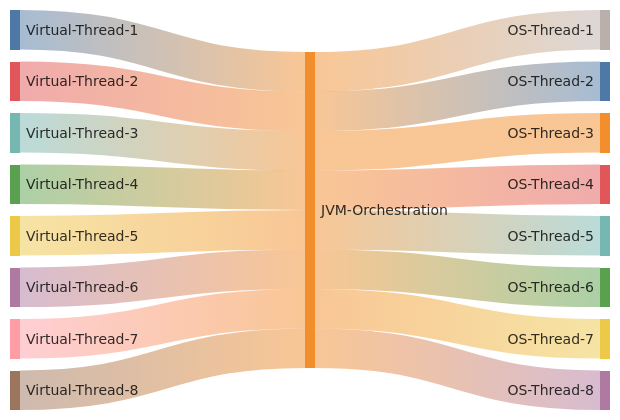
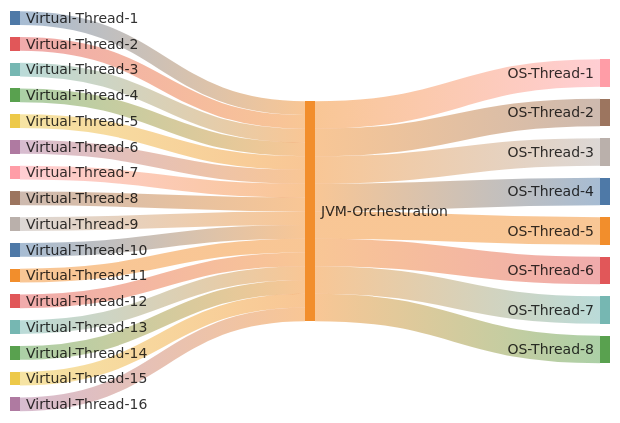
Before and after one commit to akashchandwani/akashchandwani.github.io: the second of 2 diagrams in content/blog/improve-performance-of-your-spring-boot-application-with-virtual-threads.md, drawn with Mermaid. The commit also changed 1 other file, not shown here.

Commit message:
Update diagram for virtual threads

````diff
--- a/content/blog/improve-performance-of-your-spring-boot-application-with-virtual-threads.md
+++ b/content/blog/improve-performance-of-your-spring-boot-application-with-virtual-threads.md
@@ -71,25 +71,33 @@
 ```mermaid
 ---
 config:
   sankey:
     showValues: false
 ---
 sankey-beta
 
-Virtual-Thread-1,JVM-Orchestration,1
-Virtual-Thread-2,JVM-Orchestration,1
-Virtual-Thread-3,JVM-Orchestration,1
-Virtual-Thread-4,JVM-Orchestration,1
-Virtual-Thread-5,JVM-Orchestration,1
-Virtual-Thread-6,JVM-Orchestration,1
-Virtual-Thread-7,JVM-Orchestration,1
-Virtual-Thread-8,JVM-Orchestration,1
+Virtual-Thread-1,JVM-Orchestration,0.5
+Virtual-Thread-2,JVM-Orchestration,0.5
+Virtual-Thread-3,JVM-Orchestration,0.5
+Virtual-Thread-4,JVM-Orchestration,0.5
+Virtual-Thread-5,JVM-Orchestration,0.5
+Virtual-Thread-6,JVM-Orchestration,0.5
+Virtual-Thread-7,JVM-Orchestration,0.5
+Virtual-Thread-8,JVM-Orchestration,0.5
+Virtual-Thread-9,JVM-Orchestration,0.5
+Virtual-Thread-10,JVM-Orchestration,0.5
+Virtual-Thread-11,JVM-Orchestration,0.5
+Virtual-Thread-12,JVM-Orchestration,0.5
+Virtual-Thread-13,JVM-Orchestration,0.5
+Virtual-Thread-14,JVM-Orchestration,0.5
+Virtual-Thread-15,JVM-Orchestration,0.5
+Virtual-Thread-16,JVM-Orchestration,0.5
 JVM-Orchestration,OS-Thread-1,1
 JVM-Orchestration,OS-Thread-2,1
 JVM-Orchestration,OS-Thread-3,1
 JVM-Orchestration,OS-Thread-4,1
 JVM-Orchestration,OS-Thread-5,1
 JVM-Orchestration,OS-Thread-6,1
 JVM-Orchestration,OS-Thread-7,1
 JVM-Orchestration,OS-Thread-8,1
 ```
````
